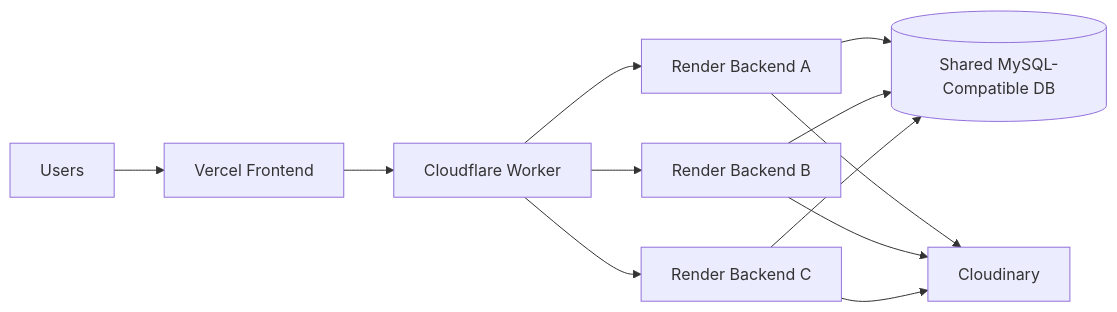
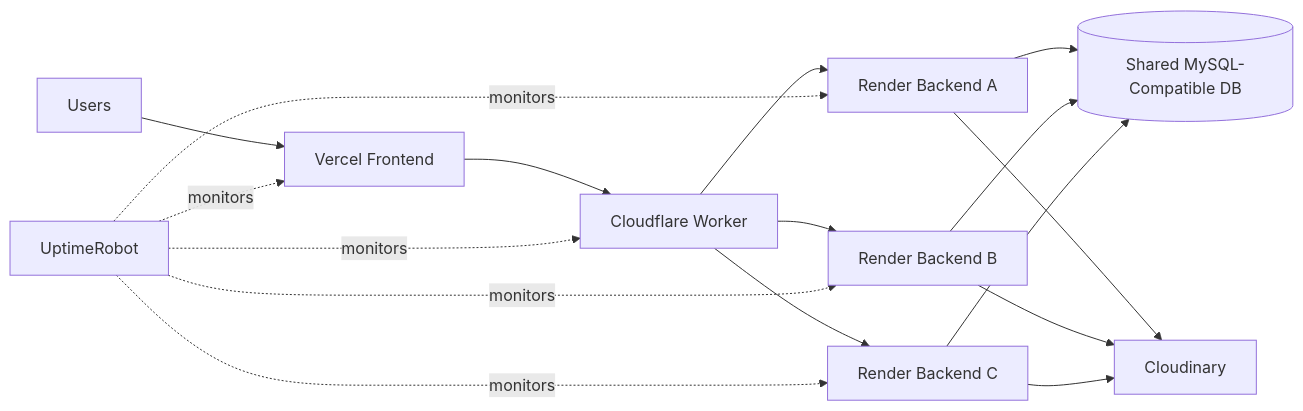
One commit to raviattrash-pro/vps changed the first of 4 diagrams in README.md. Above: the diagram before and after it, drawn with Mermaid. The commit also changed other lines of this file and 1 other file, not shown here.

````diff
--- a/README.md
+++ b/README.md
@@ -118,14 +119,19 @@
 ```mermaid
 flowchart LR
     U["Users"] --> V["Vercel Frontend"]
     V --> W["Cloudflare Worker"]
     W --> R1["Render Backend A"]
     W --> R2["Render Backend B"]
     W --> R3["Render Backend C"]
     R1 --> DB[("Shared MySQL-Compatible DB")]
     R2 --> DB
     R3 --> DB
     R1 --> C["Cloudinary"]
     R2 --> C
     R3 --> C
+    M["UptimeRobot"] -. monitors .-> V
+    M -. monitors .-> W
+    M -. monitors .-> R1
+    M -. monitors .-> R2
+    M -. monitors .-> R3
 ```
````
